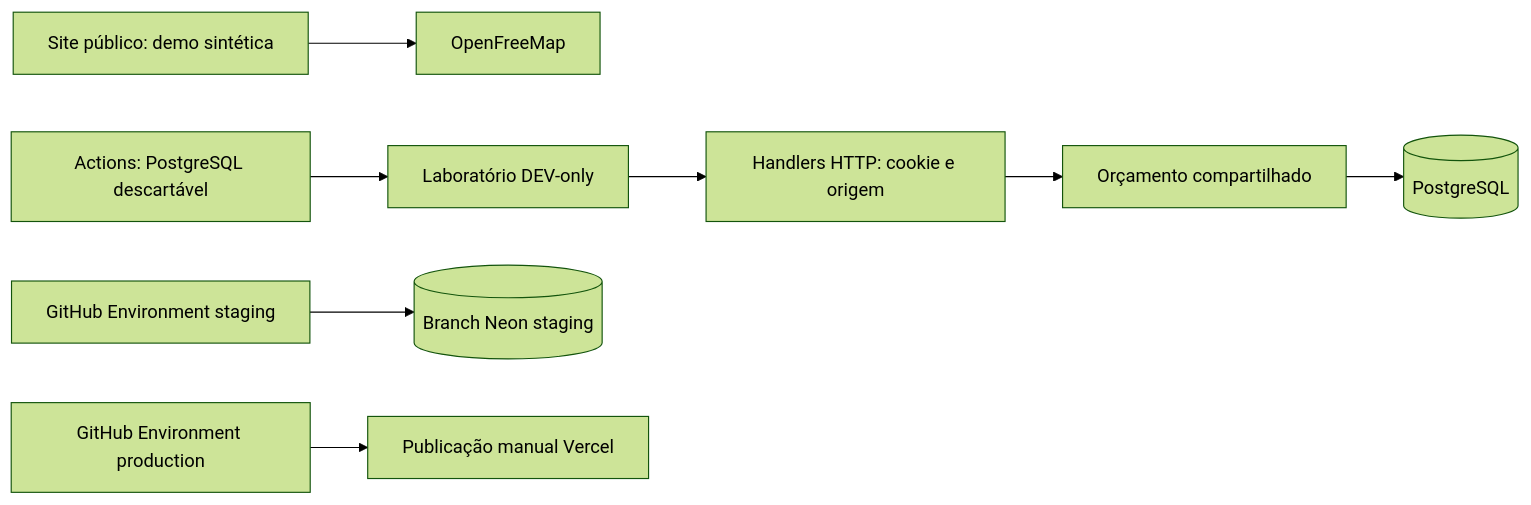
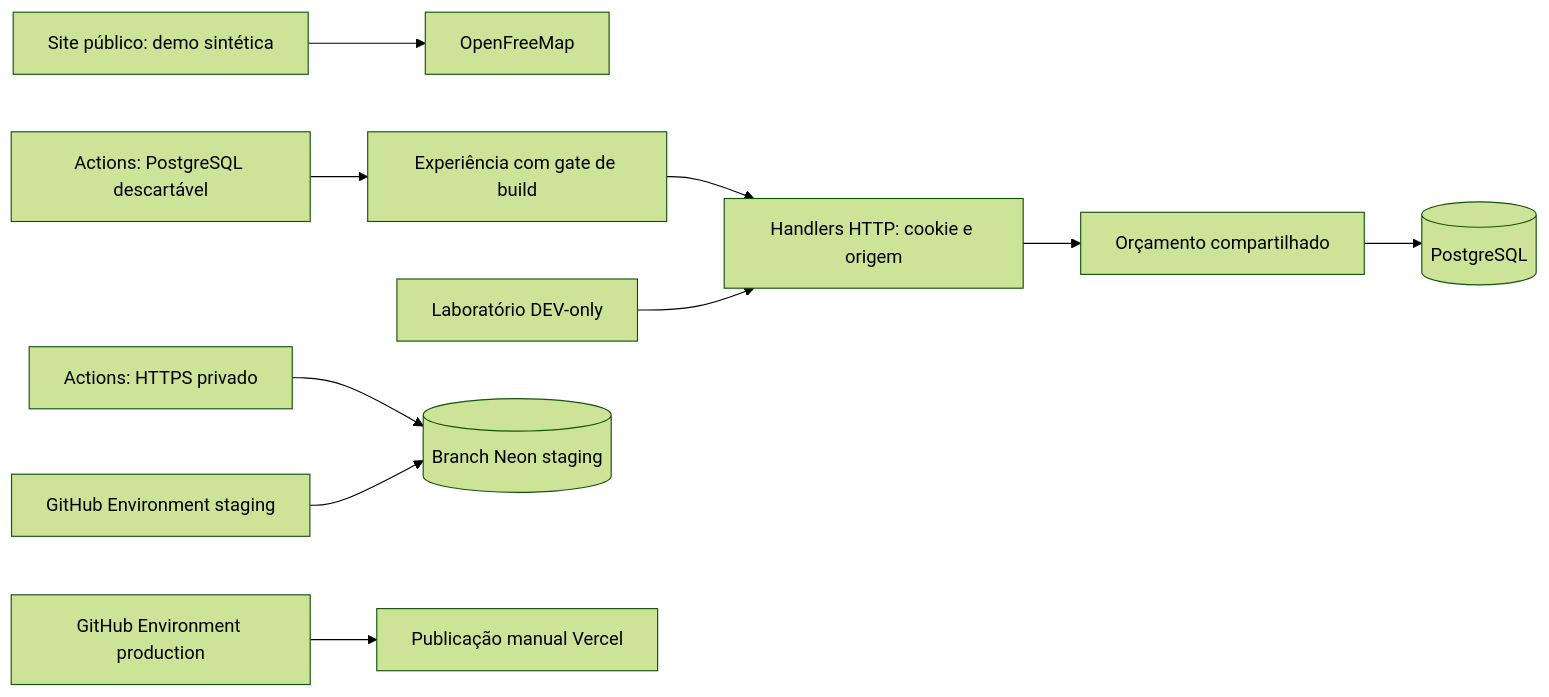
One commit to Faysk/world-pulse changed the diagram in docs/26-readiness.md. Above: the diagram before and after it, drawn with Mermaid (forest theme). The commit also changed other lines of this file and 8 other files, not shown here.

````diff
--- a/docs/26-readiness.md
+++ b/docs/26-readiness.md
@@ -8,10 +8,12 @@
 ```mermaid
 flowchart LR
   P[Site público: demo sintética] --> T[OpenFreeMap]
-  L[Laboratório DEV-only] --> H[Handlers HTTP: cookie e origem]
+  U[Experiência com gate de build] --> H[Handlers HTTP: cookie e origem]
+  L[Laboratório DEV-only] --> H
   H --> B[Orçamento compartilhado]
   B --> D[(PostgreSQL)]
-  C[Actions: PostgreSQL descartável] --> L
+  C[Actions: PostgreSQL descartável] --> U
+  Q[Actions: HTTPS privado] --> S
   G[GitHub Environment staging] --> S[(Branch Neon staging)]
   R[GitHub Environment production] --> V[Publicação manual Vercel]
 ```
````
